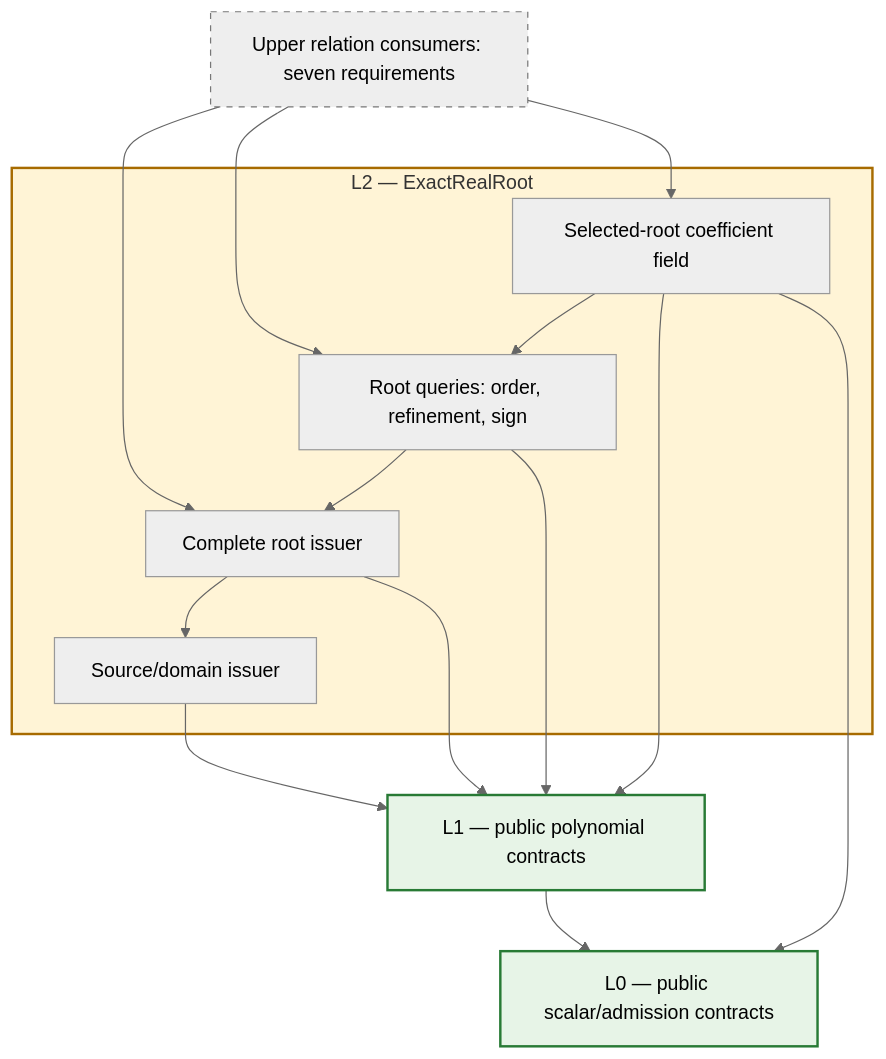
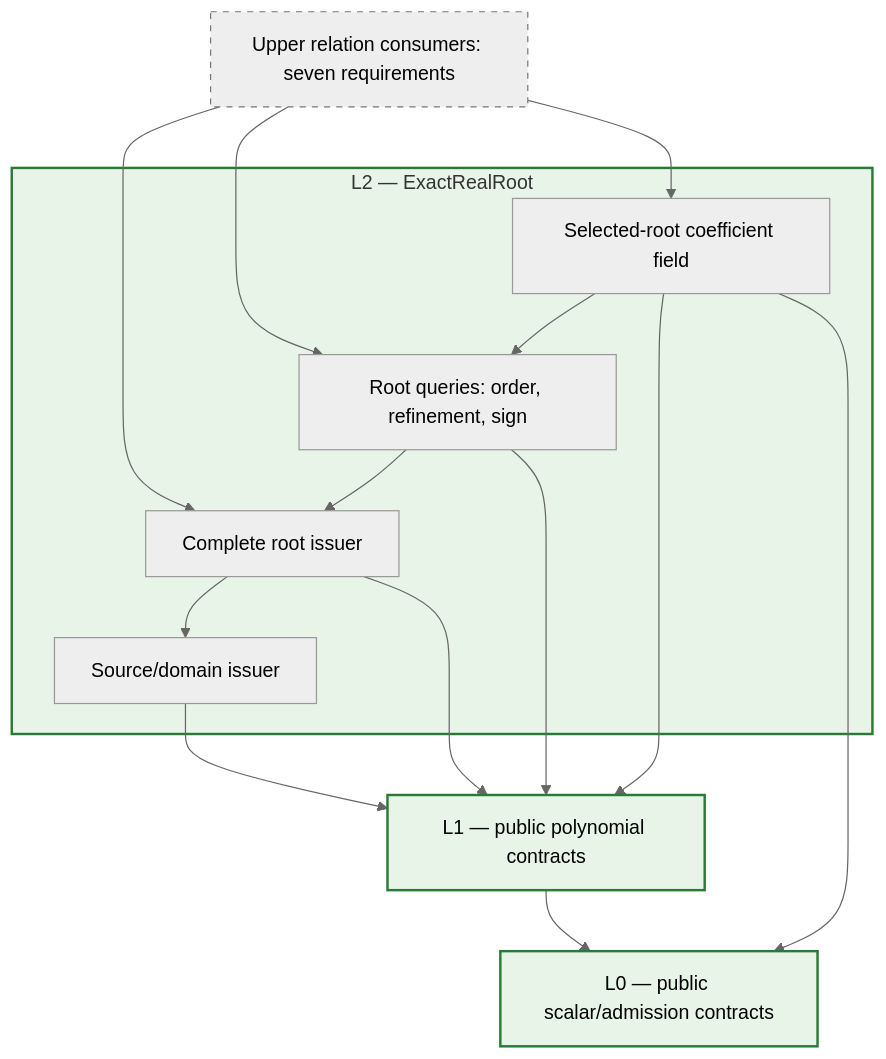
One commit to 1amageek/swift-CAD changed the first of 3 diagrams in Sources/CADGeometry/RationalBivariateAlgebra/ExactRealRoot/DESIGN.md. Above: the diagram before and after it, drawn with Mermaid (neutral theme). The commit also changed other lines of this file and 9 other files, not shown here.

````diff
--- a/Sources/CADGeometry/RationalBivariateAlgebra/ExactRealRoot/DESIGN.md
+++ b/Sources/CADGeometry/RationalBivariateAlgebra/ExactRealRoot/DESIGN.md
@@ -75,28 +75,28 @@
 ```mermaid
 flowchart TB
     U["Upper relation consumers: seven requirements"]
     subgraph L2["L2 — ExactRealRoot"]
         S["Source/domain issuer"]
         R["Complete root issuer"]
         Q["Root queries: order, refinement, sign"]
         E["Selected-root coefficient field"]
         R --> S
         Q --> R
         E --> Q
     end
     L1["L1 — public polynomial contracts"]
     L0["L0 — public scalar/admission contracts"]
     U --> R
     U --> Q
     U --> E
     S --> L1
     R --> L1
     Q --> L1
     E --> L1
     E --> L0
     L1 --> L0
-    style L2 fill:#fff4d6,stroke:#a76b00,stroke-width:2px
+    style L2 fill:#e7f4e7,stroke:#287a35,stroke-width:2px
     style L1 fill:#e7f4e7,stroke:#287a35,stroke-width:2px
     style L0 fill:#e7f4e7,stroke:#287a35,stroke-width:2px
     style U fill:#eeeeee,stroke:#777,stroke-dasharray:5 5
 ```
````
